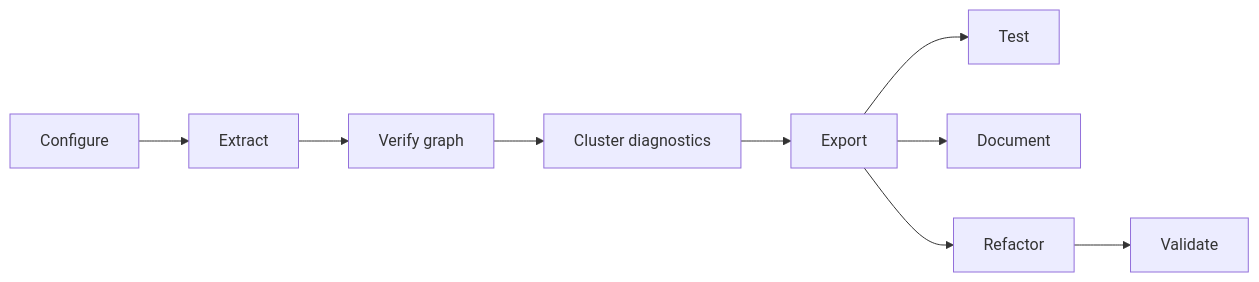
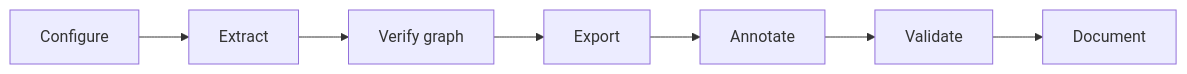
The diagram in README.md (Teal-Insights/tiny-dsa-extraction-pipeline), drawn with Mermaid before and after one commit. The commit also changed other lines of this file and 12 other files, not shown here.

````diff
--- a/README.md
+++ b/README.md
@@ -63,11 +63,9 @@
 ```mermaid
 flowchart LR
   configure[Configure] --> extract[Extract]
   extract --> verifyGraph[Verify graph]
-  verifyGraph --> clusterDiag[Cluster diagnostics]
-  clusterDiag --> export[Export]
-  export --> test[Test]
-  export --> document[Document]
-  export --> refactor[Refactor]
-  refactor --> validate[Validate]
+  verifyGraph --> export[Export]
+  export --> annotate[Annotate]
+  annotate --> validate[Validate]
+  validate --> document[Document]
 ```
````
